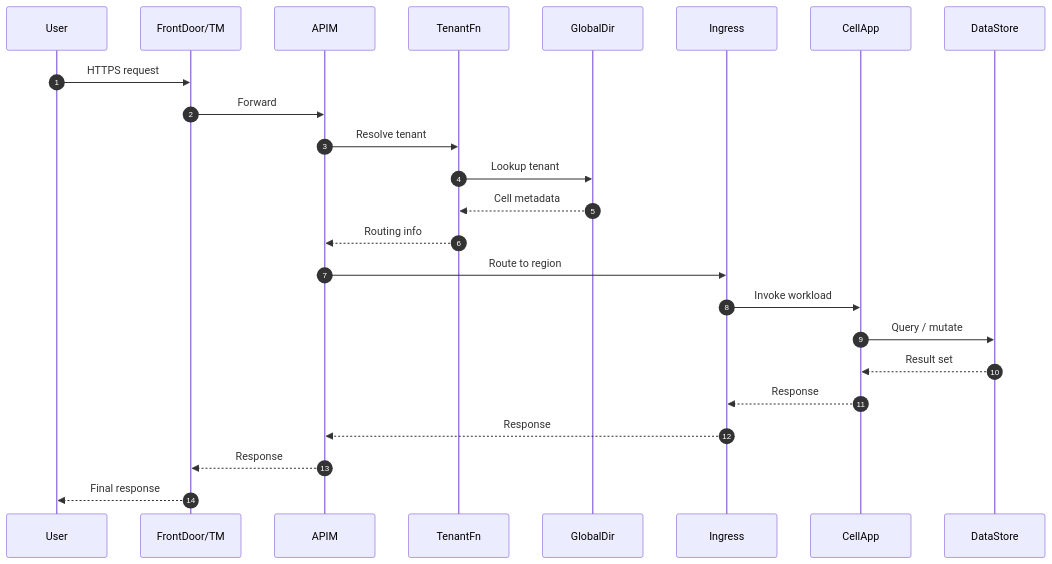
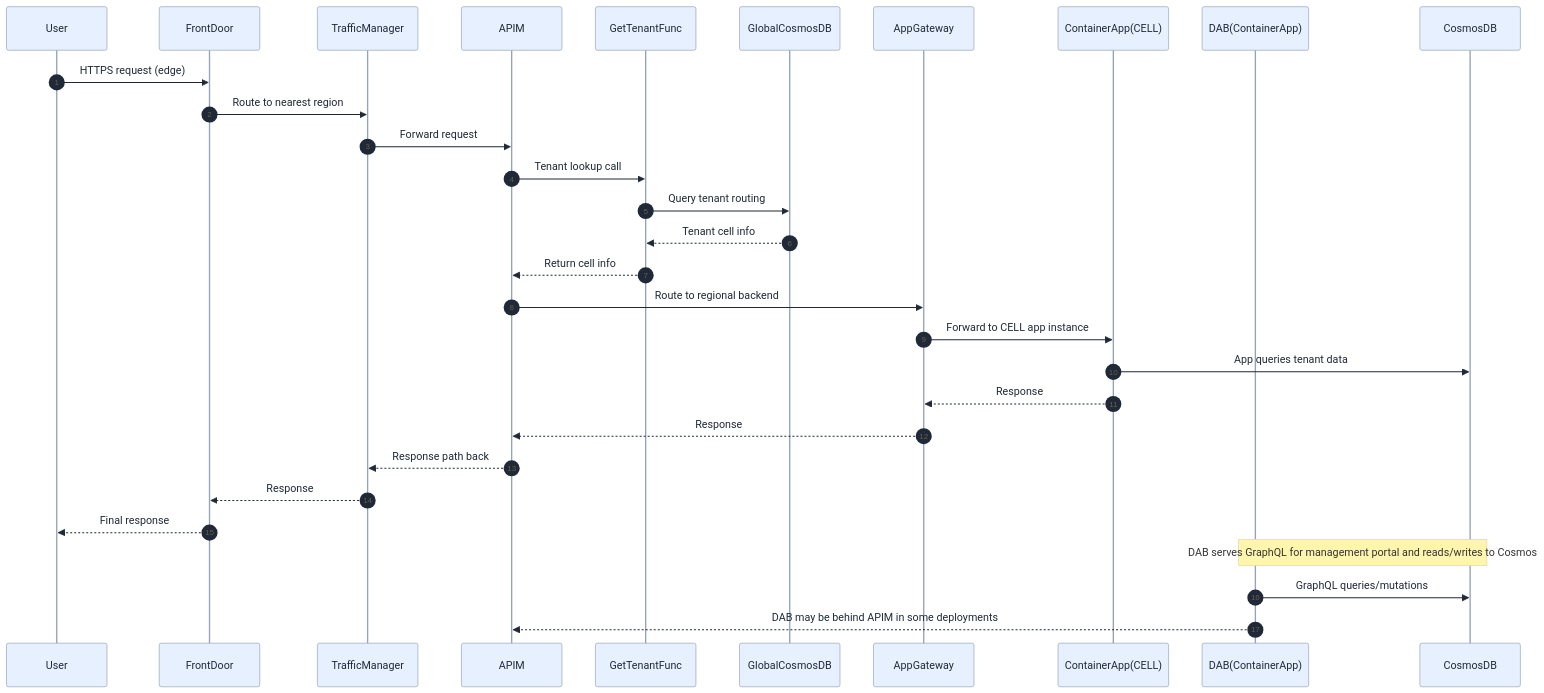
Before and after one commit to srnichols/StampsPattern: the third of 4 diagrams in docs/Azure_Stamps_Pattern_Analysis_WhitePaper.md, drawn with Mermaid. The commit also changed other lines of this file, not shown here.

Commit message:
Docs: user edits to whitepaper (manual updates)

````diff
--- a/docs/Azure_Stamps_Pattern_Analysis_WhitePaper.md
+++ b/docs/Azure_Stamps_Pattern_Analysis_WhitePaper.md
@@ -93,26 +131,36 @@
 ```mermaid
+%%{init: {"theme":"base","themeVariables":{"background":"transparent","primaryColor":"#E6F0FF","primaryTextColor":"#1F2937","primaryBorderColor":"#94A3B8","lineColor":"#94A3B8","secondaryColor":"#F3F4F6","tertiaryColor":"#DBEAFE","clusterBkg":"#F8FAFC","clusterBorder":"#CBD5E1","edgeLabelBackground":"#F8FAFC","fontFamily":"Segoe UI, Roboto, Helvetica, Arial, sans-serif"}} }%%
 sequenceDiagram
-    autonumber
-    participant U as User
-    participant FD as FrontDoor/TM
-    participant APIM as APIM
-    participant TL as TenantFn
-    participant GDB as GlobalDir
-    participant AG as Ingress
-    participant CELL as CellApp
-    participant DATA as DataStore
-    U->>FD: HTTPS request
-    FD->>APIM: Forward
-    APIM->>TL: Resolve tenant
-    TL->>GDB: Lookup tenant
-    GDB-->>TL: Cell metadata
-    TL-->>APIM: Routing info
-    APIM->>AG: Route to region
-    AG->>CELL: Invoke workload
-    CELL->>DATA: Query / mutate
-    DATA-->>CELL: Result set
-    CELL-->>AG: Response
-    AG-->>APIM: Response
-    APIM-->>FD: Response
-    FD-->>U: Final response
+  autonumber
+  participant User as User
+  participant FD as FrontDoor
+  participant TM as TrafficManager
+  participant APIM as APIM
+  participant GFunc as GetTenantFunc
+  participant GDB as GlobalCosmosDB
+  participant AG as AppGateway
+  participant CA as ContainerApp(CELL)
+  participant DAB as DAB(ContainerApp)
+  participant COS as CosmosDB
+
+  User->>FD: HTTPS request (edge)
+  FD->>TM: Route to nearest region
+  TM->>APIM: Forward request
+  APIM->>GFunc: Tenant lookup call
+  GFunc->>GDB: Query tenant routing
+  GDB-->>GFunc: Tenant cell info
+  GFunc-->>APIM: Return cell info
+  APIM->>AG: Route to regional backend
+  AG->>CA: Forward to CELL app instance
+  CA->>COS: App queries tenant data
+  CA-->>AG: Response
+  AG-->>APIM: Response
+  APIM-->>TM: Response path back
+  TM-->>FD: Response
+  FD-->>User: Final response
+
+  Note over DAB,COS: DAB serves GraphQL for management portal and reads/writes to Cosmos
+  DAB->>COS: GraphQL queries/mutations
+  DAB-->>APIM: DAB may be behind APIM in some deployments
+
 ```
````
